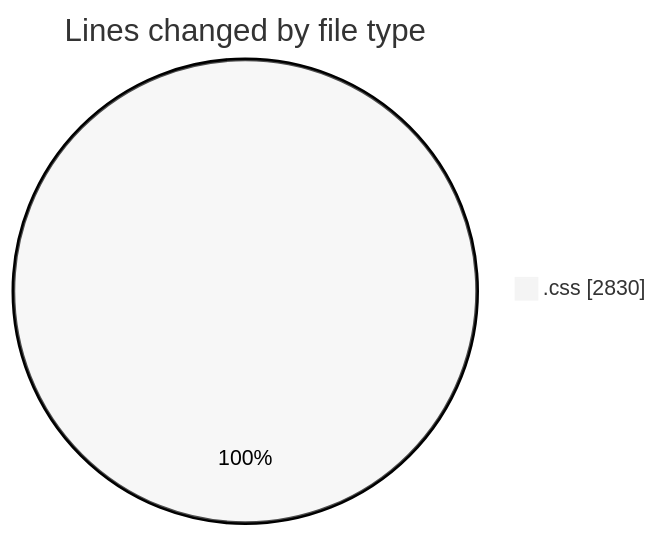
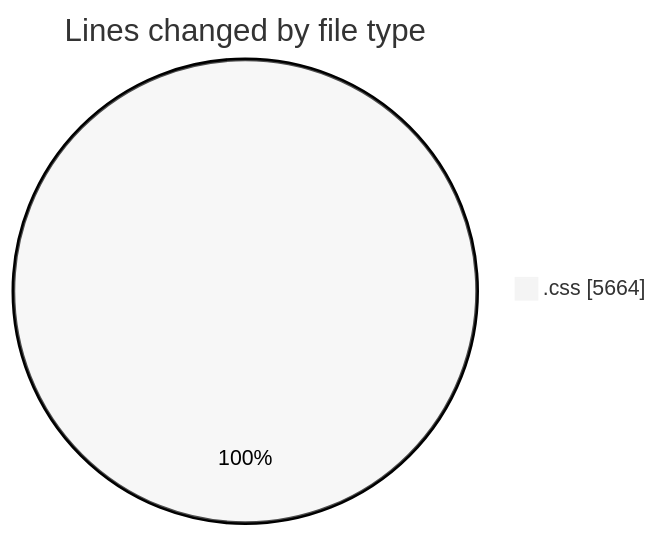
One commit to debugP/code-tracking changed the first of 2 diagrams in 2025-12-10/plugins__workspace_/README.md. Above: the diagram before and after it, drawn with Mermaid (neutral theme). The commit also changed other lines of this file and 1 other file, not shown here.

````diff
--- a/2025-12-10/plugins__workspace_/README.md
+++ b/2025-12-10/plugins__workspace_/README.md
@@ -20,5 +20,5 @@
 ```mermaid
 pie showData
 title Lines changed by file type
-".css" : 2830
+".css" : 5664
 ```
````
